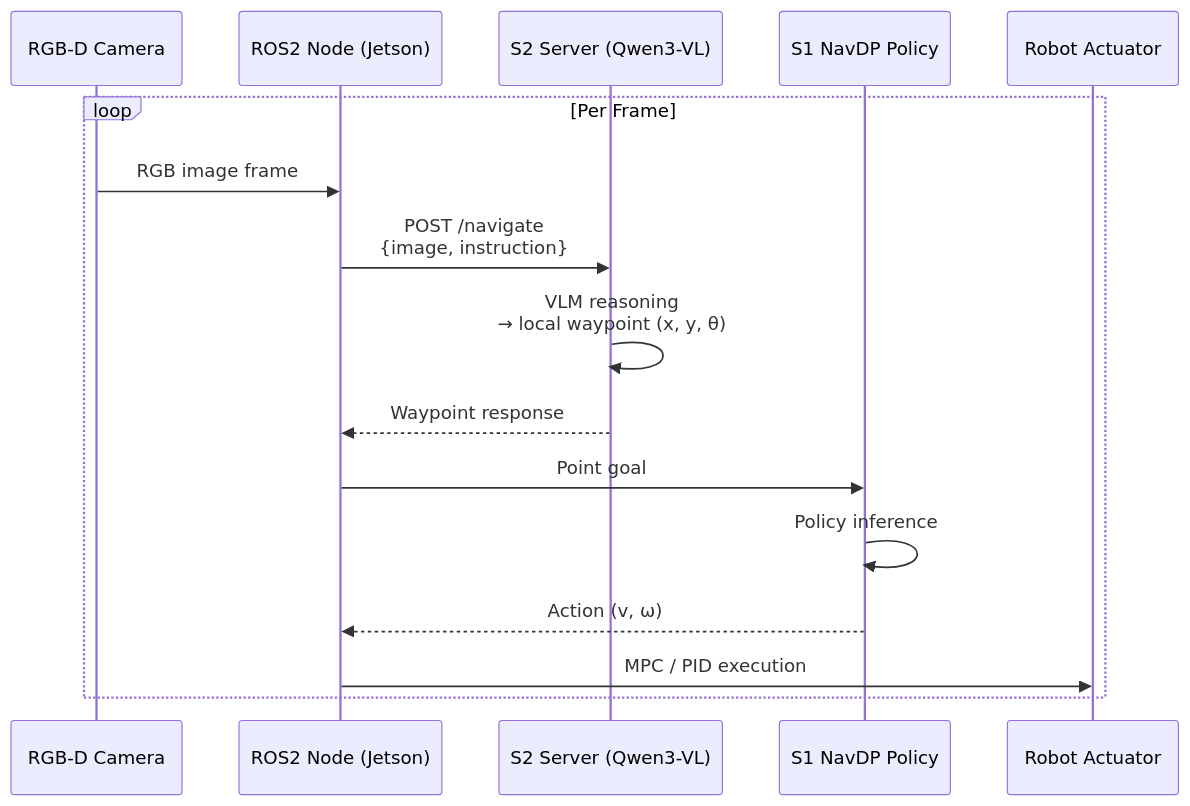
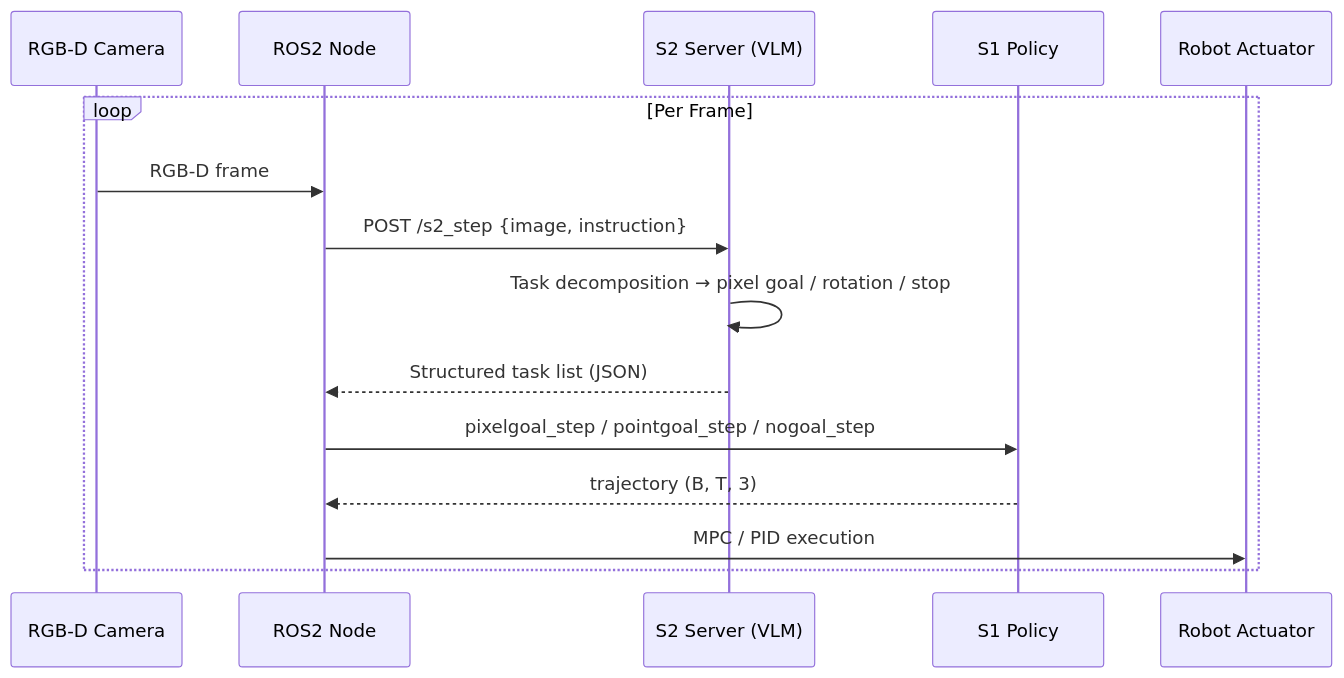
One commit to TingdeLiu/LegoNav changed the second of 3 diagrams in README.md. Above: the diagram before and after it, drawn with Mermaid. The commit also changed other lines of this file and 13 other files, not shown here.

````diff
--- a/README.md
+++ b/README.md
@@ -46,19 +50,18 @@
 ```mermaid
 sequenceDiagram
     participant Cam as RGB-D Camera
-    participant ROS as ROS2 Node (Jetson)
-    participant S2 as S2 Server (Qwen3-VL)
-    participant S1 as S1 NavDP Policy
+    participant ROS as ROS2 Node
+    participant S2 as S2 Server (VLM)
+    participant S1 as S1 Policy
     participant Robot as Robot Actuator
 
     loop Per Frame
-        Cam->>ROS: RGB image frame
-        ROS->>S2: POST /navigate<br/>{image, instruction}
-        S2->>S2: VLM reasoning<br/>→ local waypoint (x, y, θ)
-        S2-->>ROS: Waypoint response
-        ROS->>S1: Point goal
-        S1->>S1: Policy inference
-        S1-->>ROS: Action (v, ω)
+        Cam->>ROS: RGB-D frame
+        ROS->>S2: POST /s2_step {image, instruction}
+        S2->>S2: Task decomposition → pixel goal / rotation / stop
+        S2-->>ROS: Structured task list (JSON)
+        ROS->>S1: pixelgoal_step / pointgoal_step / nogoal_step
+        S1-->>ROS: trajectory (B, T, 3)
         ROS->>Robot: MPC / PID execution
     end
 ```
````
